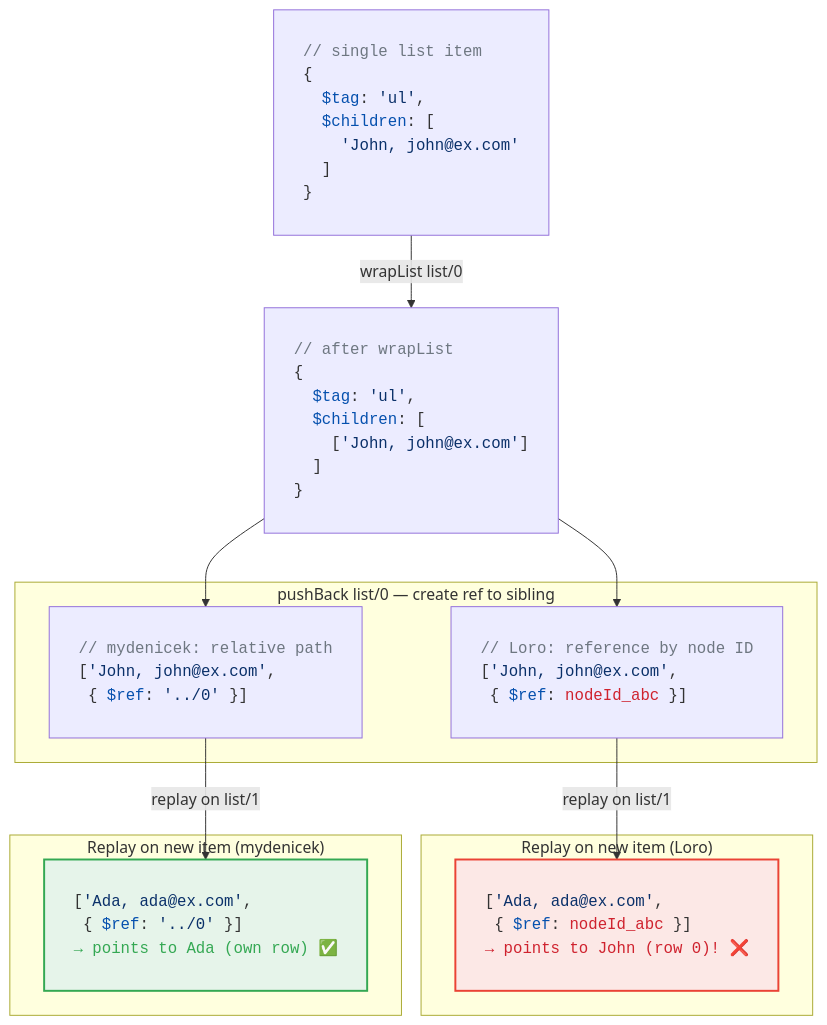
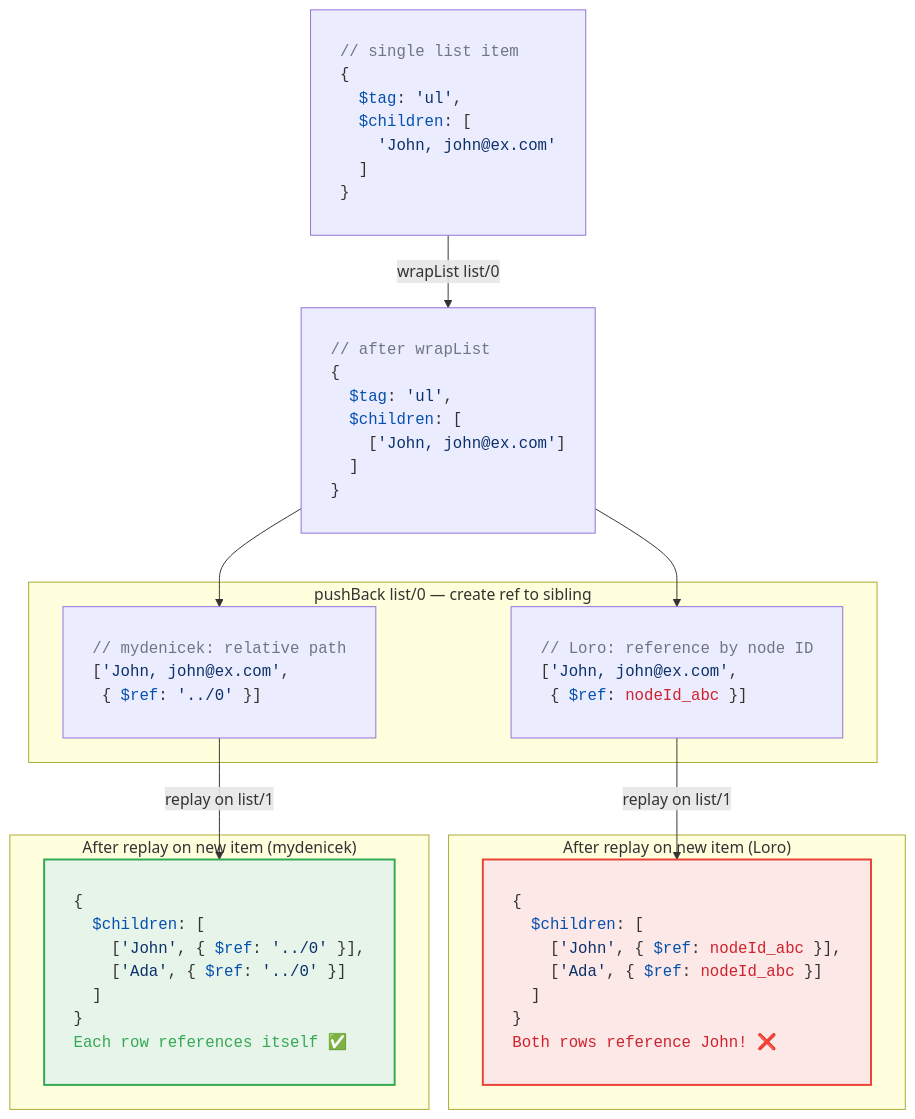
One commit to krsion/master-thesis changed the diagram in img/retargeting.mmd. Above: the diagram before and after it, drawn with Mermaid. The commit also changed 1 other file, not shown here.

Commit message:
Retargeting diagram: show both rows in final result
After replay, Loro has both rows referencing John (nodeId_abc),
mydenicek has each row referencing itself via ../0.

```diff
--- a/img/retargeting.mmd
+++ b/img/retargeting.mmd
@@ -1,60 +1,68 @@
 %%{init: {'themeVariables': {'fontFamily': 'monospace'}}}%%
 graph TB
     S1["<pre style='text-align:left'>
 <span style='color:#6e7781'>// single list item</span>
 {
   <span style='color:#0550ae'>$tag</span>: <span style='color:#0a3069'>'ul'</span>,
   <span style='color:#0550ae'>$children</span>: [
     <span style='color:#0a3069'>'John, john@ex.com'</span>
   ]
 }
 </pre>"]
     S2["<pre style='text-align:left'>
 <span style='color:#6e7781'>// after wrapList</span>
 {
   <span style='color:#0550ae'>$tag</span>: <span style='color:#0a3069'>'ul'</span>,
   <span style='color:#0550ae'>$children</span>: [
     [<span style='color:#0a3069'>'John, john@ex.com'</span>]
   ]
 }
 </pre>"]
 
     S1 -- "wrapList list/0" --> S2
 
     subgraph diverge["pushBack list/0 — create ref to sibling"]
         LORO["<pre style='text-align:left'>
 <span style='color:#6e7781'>// Loro: reference by node ID</span>
 [<span style='color:#0a3069'>'John, john@ex.com'</span>,
  { <span style='color:#0550ae'>$ref</span>: <span style='color:#cf222e'>nodeId_abc</span> }]
 </pre>"]
         CUSTOM["<pre style='text-align:left'>
 <span style='color:#6e7781'>// mydenicek: relative path</span>
 [<span style='color:#0a3069'>'John, john@ex.com'</span>,
  { <span style='color:#0550ae'>$ref</span>: <span style='color:#0a3069'>'../0'</span> }]
 </pre>"]
     end
 
     S2 --> LORO
     S2 --> CUSTOM
 
-    subgraph replayLoro["Replay on new item (Loro)"]
+    subgraph replayLoro["After replay on new item (Loro)"]
         RL["<pre style='text-align:left'>
-[<span style='color:#0a3069'>'Ada, ada@ex.com'</span>,
- { <span style='color:#0550ae'>$ref</span>: <span style='color:#cf222e'>nodeId_abc</span> }]
-<span style='color:#cf222e'>→ points to John (row 0)! ❌</span>
+{
+  <span style='color:#0550ae'>$children</span>: [
+    [<span style='color:#0a3069'>'John'</span>, { <span style='color:#0550ae'>$ref</span>: <span style='color:#cf222e'>nodeId_abc</span> }],
+    [<span style='color:#0a3069'>'Ada'</span>, { <span style='color:#0550ae'>$ref</span>: <span style='color:#cf222e'>nodeId_abc</span> }]
+  ]
+}
+<span style='color:#cf222e'>Both rows reference John! ❌</span>
 </pre>"]
     end
 
-    subgraph replayCustom["Replay on new item (mydenicek)"]
+    subgraph replayCustom["After replay on new item (mydenicek)"]
         RC["<pre style='text-align:left'>
-[<span style='color:#0a3069'>'Ada, ada@ex.com'</span>,
- { <span style='color:#0550ae'>$ref</span>: <span style='color:#0a3069'>'../0'</span> }]
-<span style='color:#34a853'>→ points to Ada (own row) ✅</span>
+{
+  <span style='color:#0550ae'>$children</span>: [
+    [<span style='color:#0a3069'>'John'</span>, { <span style='color:#0550ae'>$ref</span>: <span style='color:#0a3069'>'../0'</span> }],
+    [<span style='color:#0a3069'>'Ada'</span>, { <span style='color:#0550ae'>$ref</span>: <span style='color:#0a3069'>'../0'</span> }]
+  ]
+}
+<span style='color:#34a853'>Each row references itself ✅</span>
 </pre>"]
     end
 
     LORO -- "replay on list/1" --> RL
     CUSTOM -- "replay on list/1" --> RC
 
     style RL fill:#fce8e6,stroke:#ea4335,stroke-width:2px
     style RC fill:#e6f4ea,stroke:#34a853,stroke-width:2px
```
